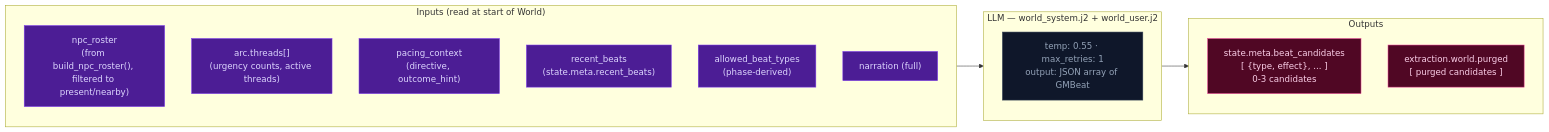
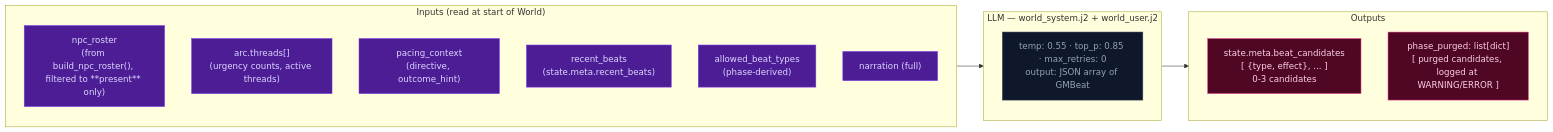
Before and after one commit to pww217/fablethread: the diagram in docs/architecture/step2d-world.md, drawn with Mermaid. The commit also changed other lines of this file and 17 other files, not shown here.

First line of the commit message:
docs: verify and fix architecture docs against source code

````diff
--- a/docs/architecture/step2d-world.md
+++ b/docs/architecture/step2d-world.md
@@ -13,26 +13,26 @@
 ```mermaid
 flowchart LR
     classDef llmNode fill:#0f172a,color:#94a3b8,stroke:#334155
     classDef xstream fill:#4c1d95,color:#ddd6fe,stroke:#7c3aed
     classDef outNode fill:#500724,color:#fbcfe8,stroke:#ec4899
 
     subgraph IN["Inputs (read at start of World)"]
-        S1["npc_roster<br>(from build_npc_roster(), filtered to present/nearby)"]:::xstream
+        S1["npc_roster<br>(from build_npc_roster(), filtered to **present** only)"]:::xstream
         S2["arc.threads[]<br>(urgency counts, active threads)"]:::xstream
         S3["pacing_context<br>(directive, outcome_hint)"]:::xstream
         S4["recent_beats<br>(state.meta.recent_beats)"]:::xstream
         S5["allowed_beat_types<br>(phase-derived)"]:::xstream
         S6["narration (full)"]:::xstream
     end
 
     subgraph LLM["LLM — world_system.j2 + world_user.j2"]
-        WL["temp: 0.55 · max_retries: 1<br>output: JSON array of GMBeat"]:::llmNode
+        WL["temp: 0.55 · top_p: 0.85 · max_retries: 0<br>output: JSON array of GMBeat"]:::llmNode
     end
 
     subgraph OUT["Outputs"]
         O1["state.meta.beat_candidates<br>[ {type, effect}, ... ]<br>0-3 candidates"]:::outNode
-        O2["extraction.world.purged<br>[ purged candidates ]"]:::outNode
+        O2["phase_purged: list[dict]<br>[ purged candidates, logged at WARNING/ERROR ]"]:::outNode
     end
 
     IN --> LLM --> OUT
 ```
````
